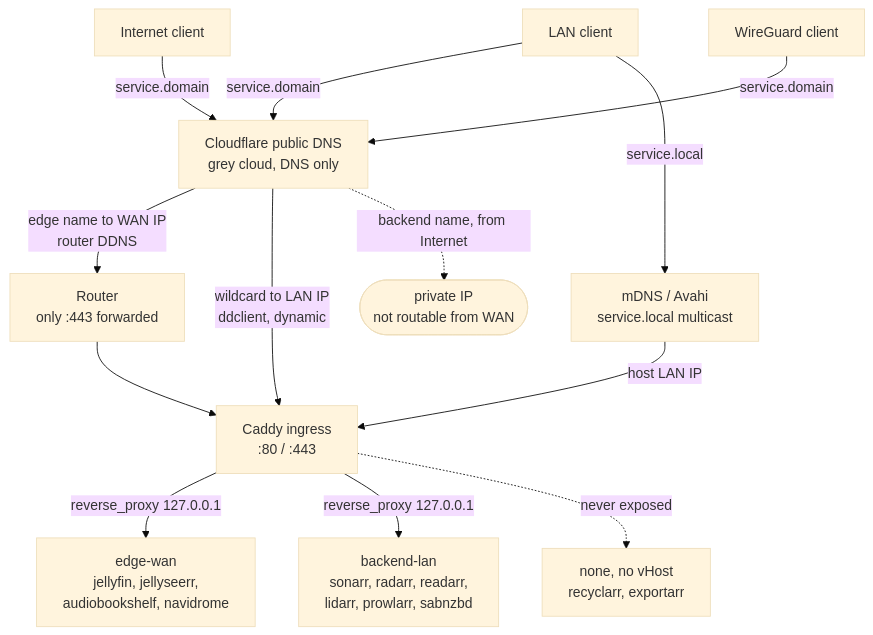
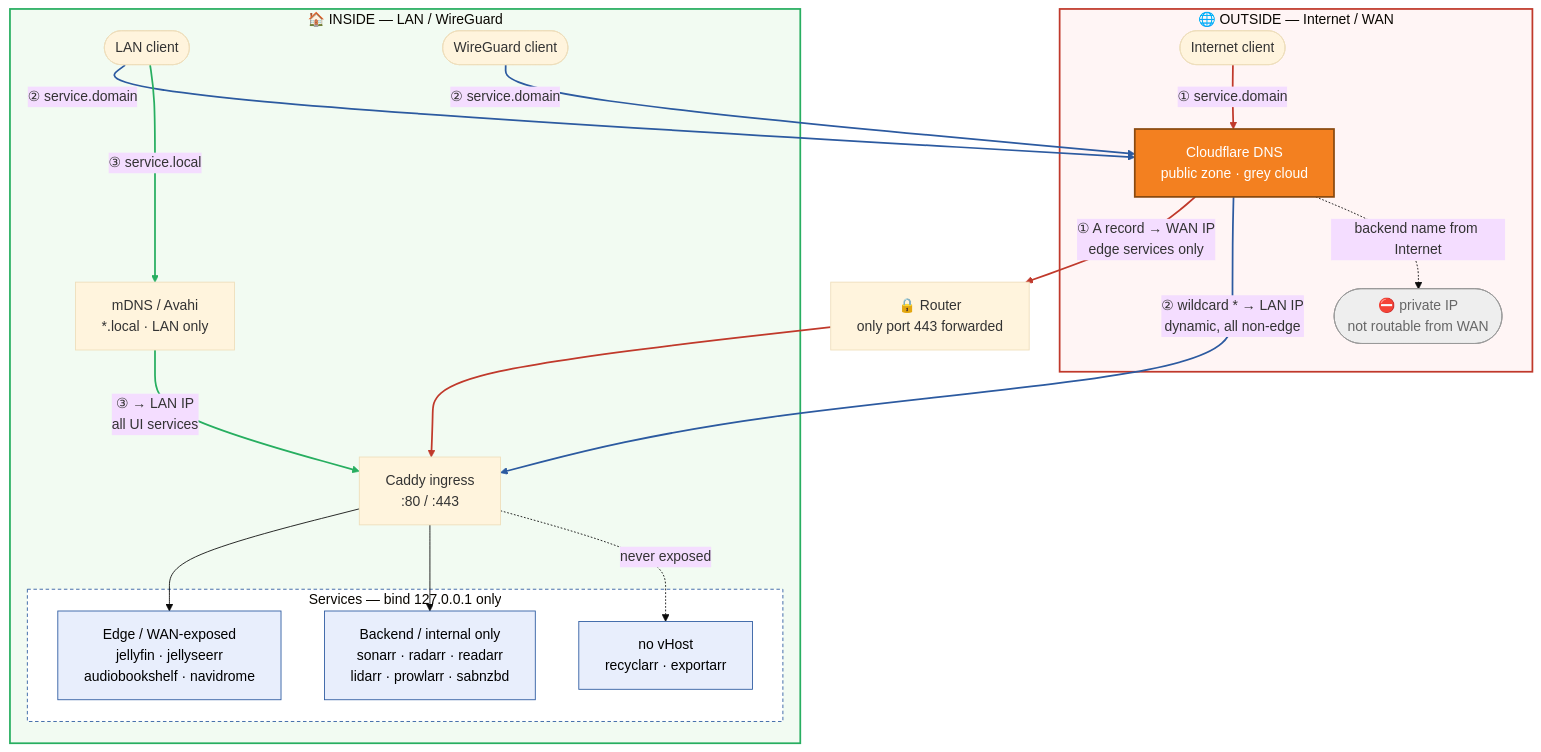
One commit to grapefruit89/mediNix changed the first of 3 diagrams in docs/network-topology.md. Above: the diagram before and after it, drawn with Mermaid (base theme). The commit also changed other lines of this file, not shown here.

Commit message:
docs(topology): explicit outside/inside split + the three reachability paths
- OUTSIDE (Internet/WAN) vs INSIDE (LAN/WireGuard) as visual subgraphs
- Cloudflare highlighted in brand orange
- colour-coded paths: red = WAN DDNS, blue = LAN DDNS wildcard, green = mDNS
- table of the three paths incl. what each actually covers
- documents the specific-beats-wildcard nuance: edge services resolve to the
  WAN IP even from the LAN, so hairpin NAT is required; .local is the path
  that truly covers all services internally

````diff
--- a/docs/network-topology.md
+++ b/docs/network-topology.md
@@ -30,32 +33,53 @@
 ```mermaid
 flowchart TB
-    INET["Internet client"]
-    LANC["LAN client"]
-    WGC["WireGuard client"]
+    subgraph OUT["🌐 OUTSIDE — Internet / WAN"]
+        WANC(["Internet client"])
+        CF["Cloudflare DNS<br/>public zone · grey cloud"]
+        DEAD(["⛔ private IP<br/>not routable from WAN"])
+    end
 
-    CF["Cloudflare public DNS<br/>grey cloud, DNS only"]
-    MDNS["mDNS / Avahi<br/>service.local multicast"]
+    ROUTER["🔒 Router<br/>only port 443 forwarded"]
 
-    ROUTER["Router<br/>only :443 forwarded"]
-    CADDY["Caddy ingress<br/>:80 / :443"]
-    DEAD(["private IP<br/>not routable from WAN"])
+    subgraph IN["🏠 INSIDE — LAN / WireGuard"]
+        LANC(["LAN client"])
+        WGC(["WireGuard client"])
+        MDNS["mDNS / Avahi<br/>*.local · LAN only"]
+        CADDY["Caddy ingress<br/>:80 / :443"]
 
-    EDGE["edge-wan<br/>jellyfin, jellyseerr,<br/>audiobookshelf, navidrome"]
-    BACK["backend-lan<br/>sonarr, radarr, readarr,<br/>lidarr, prowlarr, sabnzbd"]
-    NONE["none, no vHost<br/>recyclarr, exportarr"]
+        subgraph SVC["Services — bind 127.0.0.1 only"]
+            EDGE["Edge / WAN-exposed<br/>jellyfin · jellyseerr<br/>audiobookshelf · navidrome"]
+            BACK["Backend / internal only<br/>sonarr · radarr · readarr<br/>lidarr · prowlarr · sabnzbd"]
+            NONE["no vHost<br/>recyclarr · exportarr"]
+        end
+    end
 
-    INET -->|"service.domain"| CF
-    LANC -->|"service.domain"| CF
-    WGC -->|"service.domain"| CF
-    LANC -->|"service.local"| MDNS
-
-    CF -->|"edge name to WAN IP<br/>router DDNS"| ROUTER
-    CF -->|"wildcard to LAN IP<br/>ddclient, dynamic"| CADDY
-    CF -.->|"backend name, from Internet"| DEAD
-    MDNS -->|"host LAN IP"| CADDY
+    WANC -->|"① service.domain"| CF
+    CF -->|"① A record → WAN IP<br/>edge services only"| ROUTER
     ROUTER --> CADDY
 
-    CADDY -->|"reverse_proxy 127.0.0.1"| EDGE
-    CADDY -->|"reverse_proxy 127.0.0.1"| BACK
+    LANC -->|"② service.domain"| CF
+    WGC -->|"② service.domain"| CF
+    CF -->|"② wildcard * → LAN IP<br/>dynamic, all non-edge"| CADDY
+
+    LANC -->|"③ service.local"| MDNS
+    MDNS -->|"③ → LAN IP<br/>all UI services"| CADDY
+
+    CADDY --> EDGE
+    CADDY --> BACK
     CADDY -.->|"never exposed"| NONE
+    CF -.->|"backend name from Internet"| DEAD
+
+    classDef cloudflare fill:#F38020,stroke:#8a4a10,color:#ffffff,stroke-width:2px
+    classDef svc fill:#e8eefc,stroke:#2c5aa0,color:#000
+    classDef dead fill:#eeeeee,stroke:#999999,color:#666666
+    class CF cloudflare
+    class EDGE,BACK,NONE svc
+    class DEAD dead
+    style OUT fill:#fff5f5,stroke:#c0392b,stroke-width:2px
+    style IN fill:#f2fbf2,stroke:#27ae60,stroke-width:2px
+    style SVC fill:#ffffff,stroke:#2c5aa0,stroke-dasharray:4 3
+
+    linkStyle 0,1,2 stroke:#c0392b,stroke-width:2px
+    linkStyle 3,4,5 stroke:#2c5aa0,stroke-width:2px
+    linkStyle 6,7 stroke:#27ae60,stroke-width:2px
 ```
````
